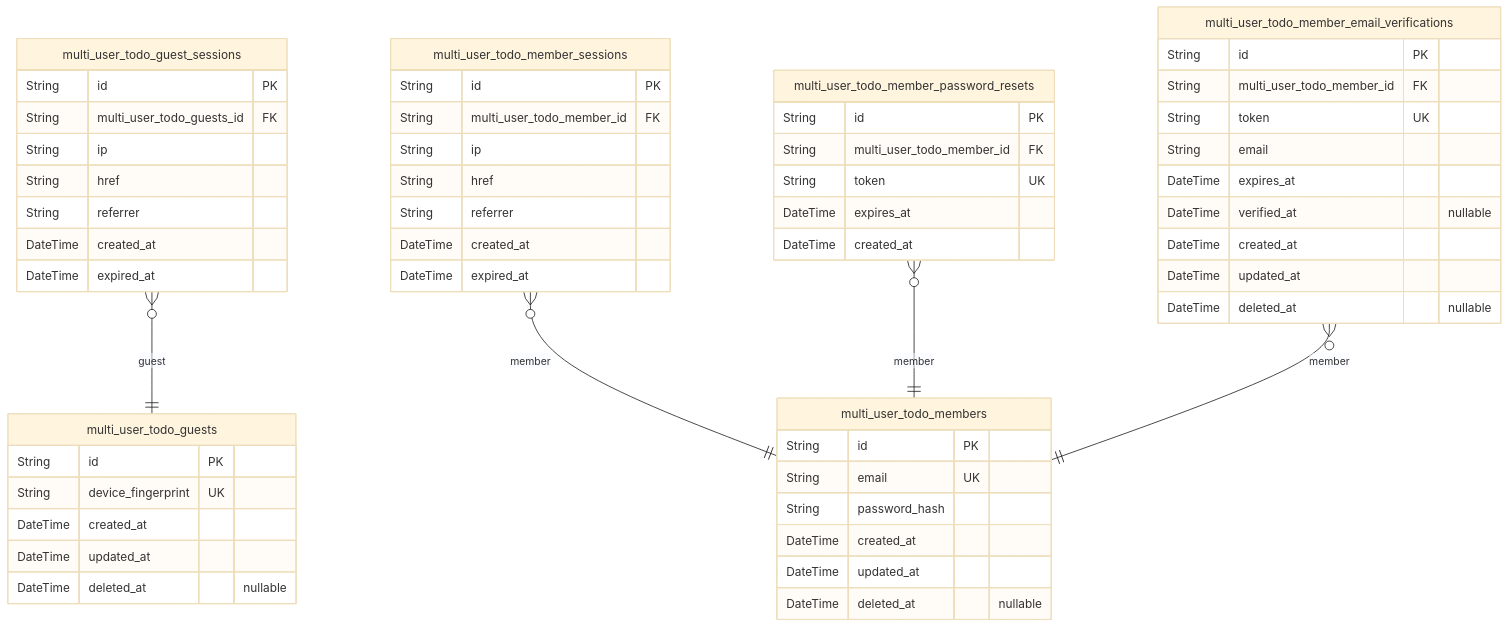
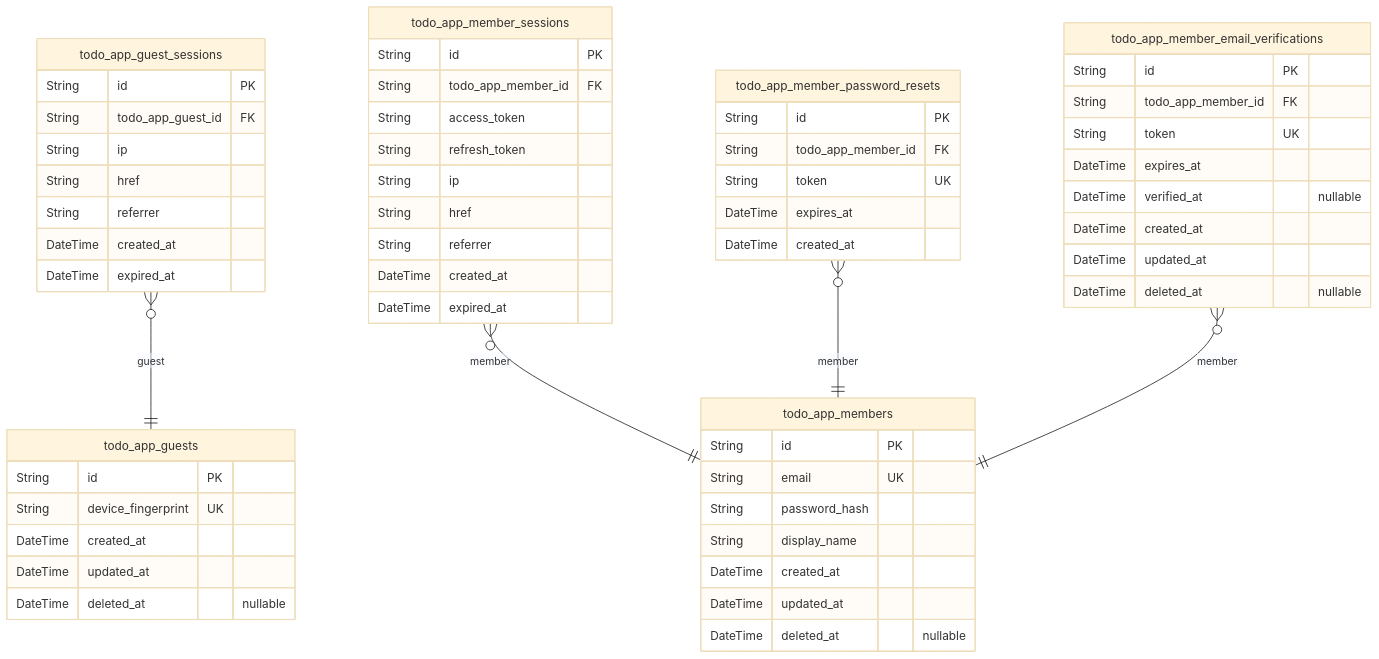
One commit to wrtnlabs/autobe-examples changed the first of 2 diagrams in qwen/qwen3.5-397b-a17b/todo/docs/ERD.md. Above: the diagram before and after it, drawn with Mermaid (base theme). The commit also changed other lines of this file and 32093 other files, not shown here.

````diff
--- a/qwen/qwen3.5-397b-a17b/todo/docs/ERD.md
+++ b/qwen/qwen3.5-397b-a17b/todo/docs/ERD.md
@@ -10,58 +10,60 @@
 ```mermaid
 erDiagram
-"multi_user_todo_guests" {
+"todo_app_guests" {
   String id PK
   String device_fingerprint UK
   DateTime created_at
   DateTime updated_at
   DateTime deleted_at "nullable"
 }
-"multi_user_todo_guest_sessions" {
+"todo_app_guest_sessions" {
   String id PK
-  String multi_user_todo_guests_id FK
+  String todo_app_guest_id FK
   String ip
   String href
   String referrer
   DateTime created_at
   DateTime expired_at
 }
-"multi_user_todo_members" {
+"todo_app_members" {
   String id PK
   String email UK
   String password_hash
+  String display_name
   DateTime created_at
   DateTime updated_at
   DateTime deleted_at "nullable"
 }
-"multi_user_todo_member_sessions" {
+"todo_app_member_sessions" {
   String id PK
-  String multi_user_todo_member_id FK
+  String todo_app_member_id FK
+  String access_token
+  String refresh_token
   String ip
   String href
   String referrer
   DateTime created_at
   DateTime expired_at
 }
-"multi_user_todo_member_password_resets" {
+"todo_app_member_password_resets" {
   String id PK
-  String multi_user_todo_member_id FK
+  String todo_app_member_id FK
   String token UK
   DateTime expires_at
   DateTime created_at
 }
-"multi_user_todo_member_email_verifications" {
+"todo_app_member_email_verifications" {
   String id PK
-  String multi_user_todo_member_id FK
+  String todo_app_member_id FK
   String token UK
-  String email
   DateTime expires_at
   DateTime verified_at "nullable"
   DateTime created_at
   DateTime updated_at
   DateTime deleted_at "nullable"
 }
-"multi_user_todo_guest_sessions" }o--|| "multi_user_todo_guests" : guest
-"multi_user_todo_member_sessions" }o--|| "multi_user_todo_members" : member
-"multi_user_todo_member_password_resets" }o--|| "multi_user_todo_members" : member
-"multi_user_todo_member_email_verifications" }o--|| "multi_user_todo_members" : member
+"todo_app_guest_sessions" }o--|| "todo_app_guests" : guest
+"todo_app_member_sessions" }o--|| "todo_app_members" : member
+"todo_app_member_password_resets" }o--|| "todo_app_members" : member
+"todo_app_member_email_verifications" }o--|| "todo_app_members" : member
 ```
````
